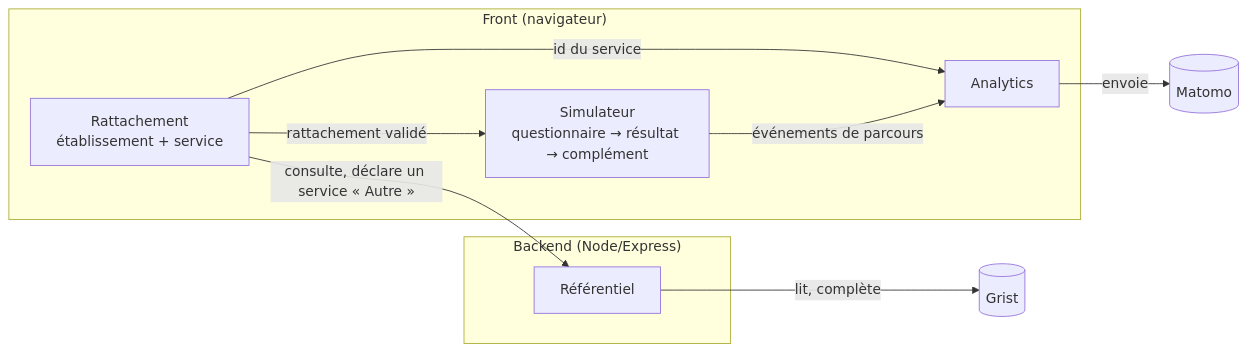
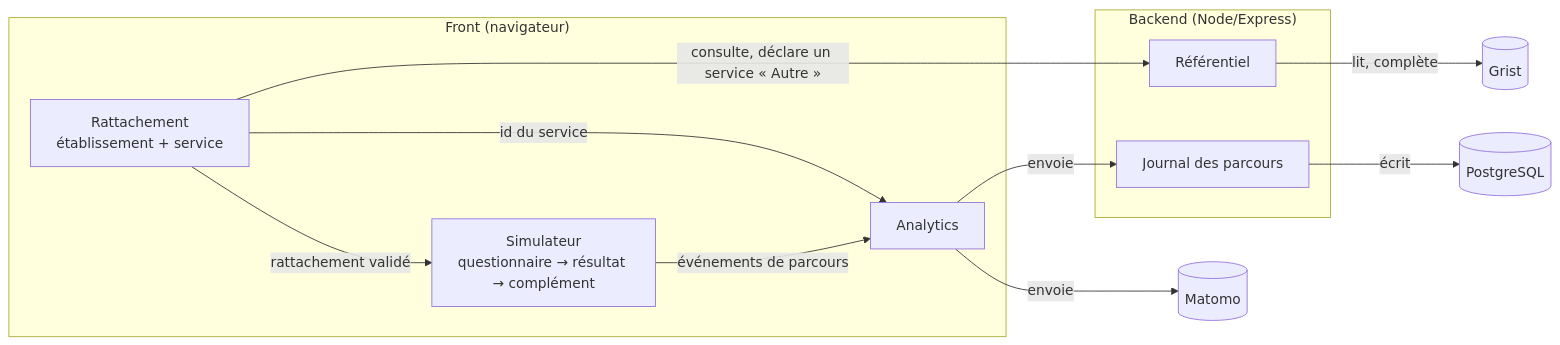
The diagram in apps/simulateur-eligibilite/README.md (betagouv/transport-sanitaire), drawn with Mermaid before and after one commit. The commit also changed other lines of this file, not shown here.

````diff
--- a/apps/simulateur-eligibilite/README.md
+++ b/apps/simulateur-eligibilite/README.md
@@ -16,22 +15,26 @@
 ```mermaid
 flowchart LR
     subgraph front["Front (navigateur)"]
         Ident["Rattachement<br/>établissement + service"]
         Simu["Simulateur<br/>questionnaire → résultat → complément"]
         Analytics["Analytics"]
     end
 
     subgraph back["Backend (Node/Express)"]
         Ref["Référentiel"]
+        Journal["Journal des parcours"]
     end
 
     Grist[("Grist")]
+    Postgres[("PostgreSQL")]
     Matomo[("Matomo")]
 
     Ident -->|"consulte, déclare un service « Autre »"| Ref
     Ident -->|"rattachement validé"| Simu
     Ident -->|"id du service"| Analytics
     Simu -->|"événements de parcours"| Analytics
     Ref -->|"lit, complète"| Grist
     Analytics -->|"envoie"| Matomo
+    Analytics -->|"envoie"| Journal
+    Journal -->|"écrit"| Postgres
 ```
````
